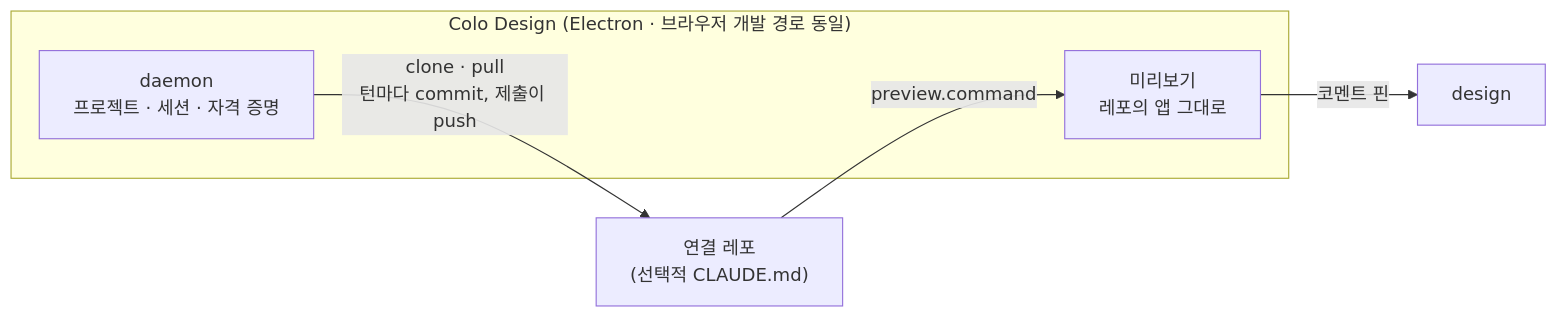
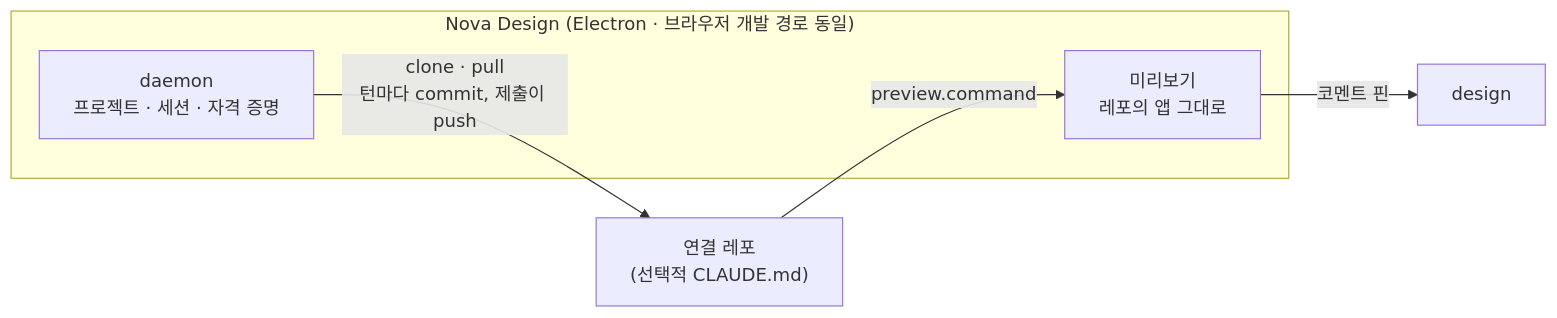
One commit to inkwonjung-colosseum/colo-design changed the second of 2 diagrams in README.md. Above: the diagram before and after it, drawn with Mermaid. The commit also changed other lines of this file and 263 other files, not shown here.

First line of the commit message:
Colo Design 을 Nova Design 으로 개명한다 — 0.4.0 (RENAME-NOVA-PLAN PR-A + D·E·G·F)

````diff
--- a/README.md
+++ b/README.md
@@ -878,11 +893,11 @@
 ```mermaid
 flowchart LR
-    subgraph app["Colo Design (Electron · 브라우저 개발 경로 동일)"]
+    subgraph app["Nova Design (Electron · 브라우저 개발 경로 동일)"]
         preview["미리보기<br/>레포의 앱 그대로"]
         daemon["daemon<br/>프로젝트 · 세션 · 자격 증명"]
     end
     repo["연결 레포<br/>(선택적 CLAUDE.md)"]
     daemon -->|"clone · pull<br/>턴마다 commit, 제출이 push"| repo
     repo -->|"preview.command"| preview
     preview -->|"코멘트 핀"| design
 ```
````
